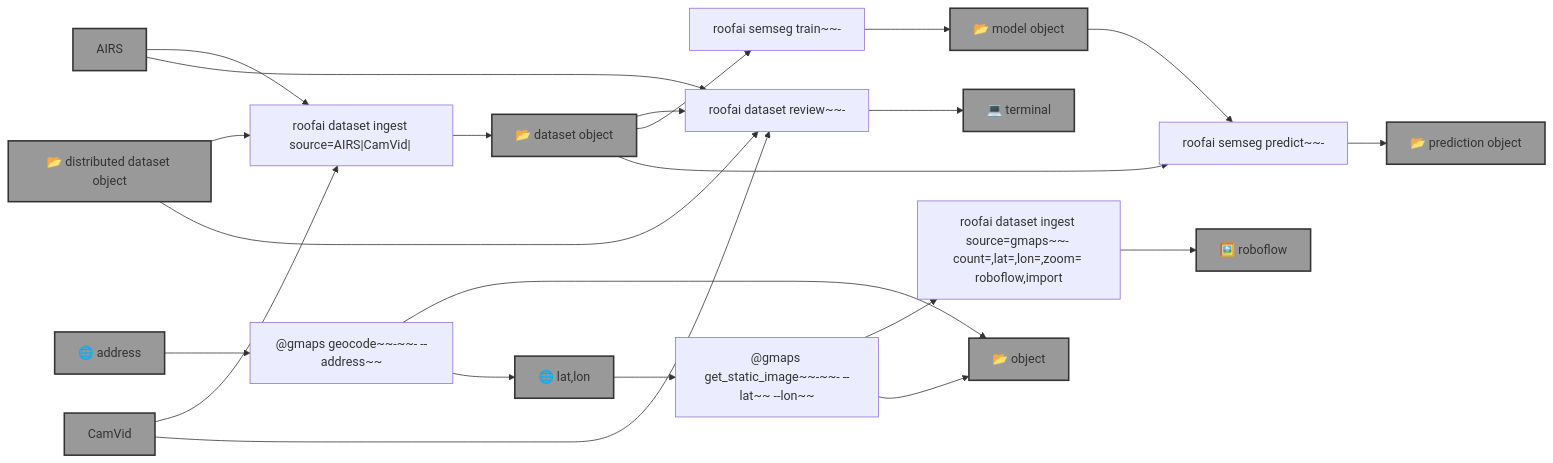
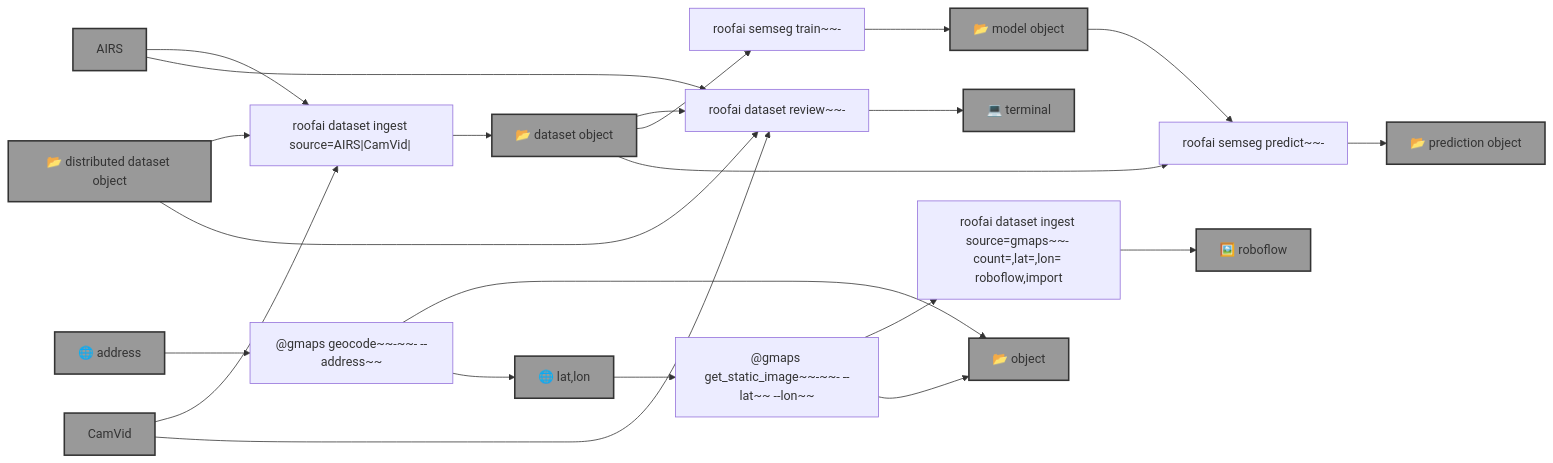
One commit to kamangir/roofai changed the diagram in template.md. Above: the diagram before and after it, drawn with Mermaid. The commit also changed 2 other files, not shown here.

Commit message:
doc++ - kamangir/bolt#746 - no-workflow 🪄

````diff
--- a/template.md
+++ b/template.md
@@ -9,58 +9,58 @@
 ```mermaid
 graph LR
     dataset_ingest["roofai dataset ingest source=AIRS|CamVid|<distributed-dataset> <dataset-object-name>"]
 
-    dataset_ingest_gmaps["roofai dataset ingest source=gmaps~~- count=<count>,lat=<lat>,lon=<lon>,zoom=<zoom> roboflow,import"]
+    dataset_ingest_gmaps["roofai dataset ingest source=gmaps~~- count=<count>,lat=<lat>,lon=<lon> roboflow,import"]
 
     dataset_review["roofai dataset review~~- <dataset-object-name>"]
 
     gmaps_get_static_image["@gmaps get_static_image~~-~~- --lat~~<lat> --lon~~<lon>"]
 
     gmaps_geocode["@gmaps geocode~~-~~- --address~~<address>"]
 
     semseg_train["roofai semseg train~~- <dataset-object-name> <model-object-name>"]
 
     semseg_predict["roofai semseg predict~~- <model-object-name> <dataset-object-name> <prediction-object-name>"]
 
     address["🌐 address"]:::folder
     lat_lon["🌐 lat,lon"]:::folder
     AIRS["AIRS"]:::folder
     CamVid["CamVid"]:::folder
     dataset_object_name["📂 dataset object"]:::folder
     distributed_dataset_object_name["📂 distributed dataset object"]:::folder
     model_object_name["📂 model object"]:::folder
     prediction_object_name["📂 prediction object"]:::folder
     object_name["📂 object"]:::folder
     terminal["💻 terminal"]:::folder
     roboflow["🖼️ roboflow"]:::folder
 
     distributed_dataset_object_name --> dataset_ingest
     AIRS --> dataset_ingest
     CamVid --> dataset_ingest
     dataset_ingest --> dataset_object_name
 
     gmaps_get_static_image --> dataset_ingest_gmaps
     dataset_ingest_gmaps --> roboflow
 
     AIRS --> dataset_review
     distributed_dataset_object_name --> dataset_review
     CamVid --> dataset_review
     dataset_object_name --> dataset_review
     dataset_review --> terminal
 
     dataset_object_name --> semseg_train
     semseg_train --> model_object_name
 
     model_object_name --> semseg_predict
     dataset_object_name --> semseg_predict
     semseg_predict --> prediction_object_name
 
     lat_lon --> gmaps_get_static_image
     gmaps_get_static_image --> object_name
 
     address --> gmaps_geocode
     gmaps_geocode --> object_name
     gmaps_geocode --> lat_lon
 
     classDef folder fill:#999,stroke:#333,stroke-width:2px;
 ```
````
